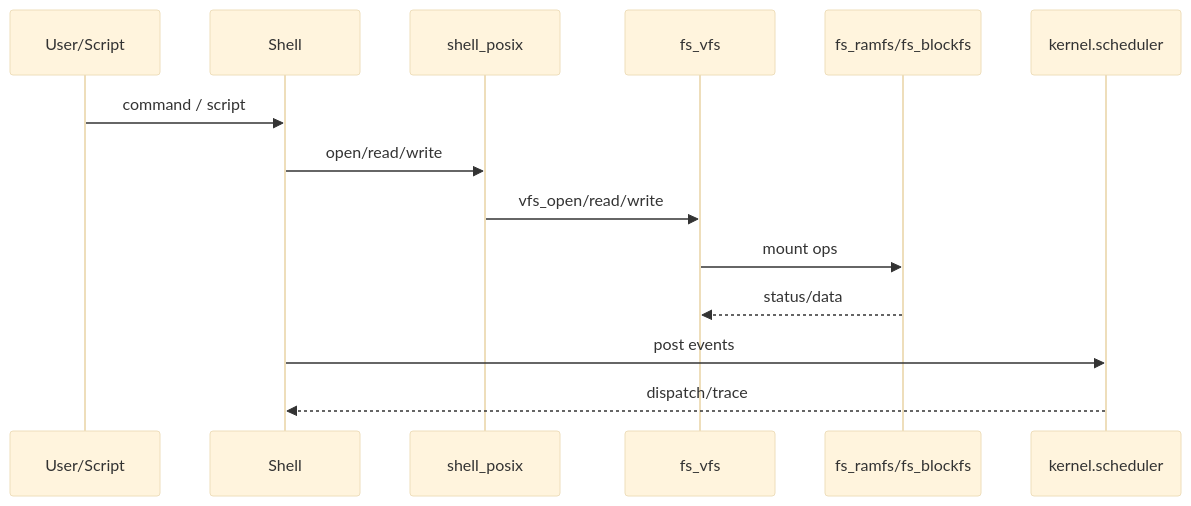
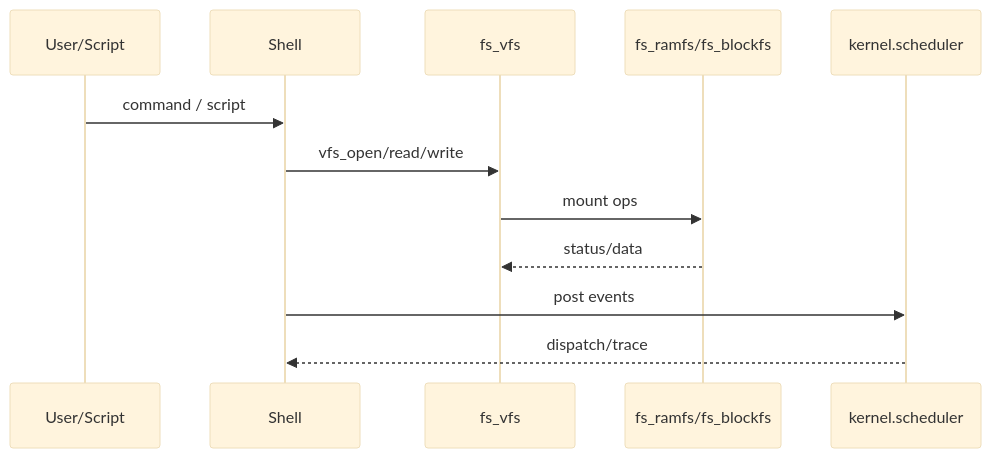
Before and after one commit to Little-Red-Cap/Charm-os: the eighth of 8 diagrams in docs/architecture_overview.md, drawn with Mermaid (base theme). The commit also changed other lines of this file and 7 other files, not shown here.

````diff
--- a/docs/architecture_overview.md
+++ b/docs/architecture_overview.md
@@ -441,16 +431,14 @@
 ```mermaid
 sequenceDiagram
     participant User as User/Script
     participant Sh as Shell
-    participant POSIX as shell_posix
     participant VFS as fs_vfs
     participant FS as fs_ramfs/fs_blockfs
     participant K as kernel.scheduler
     User->>Sh: command / script
-    Sh->>POSIX: open/read/write
-    POSIX->>VFS: vfs_open/read/write
+    Sh->>VFS: vfs_open/read/write
     VFS->>FS: mount ops
     FS-->>VFS: status/data
     Sh->>K: post events
     K-->>Sh: dispatch/trace
 ```
````
